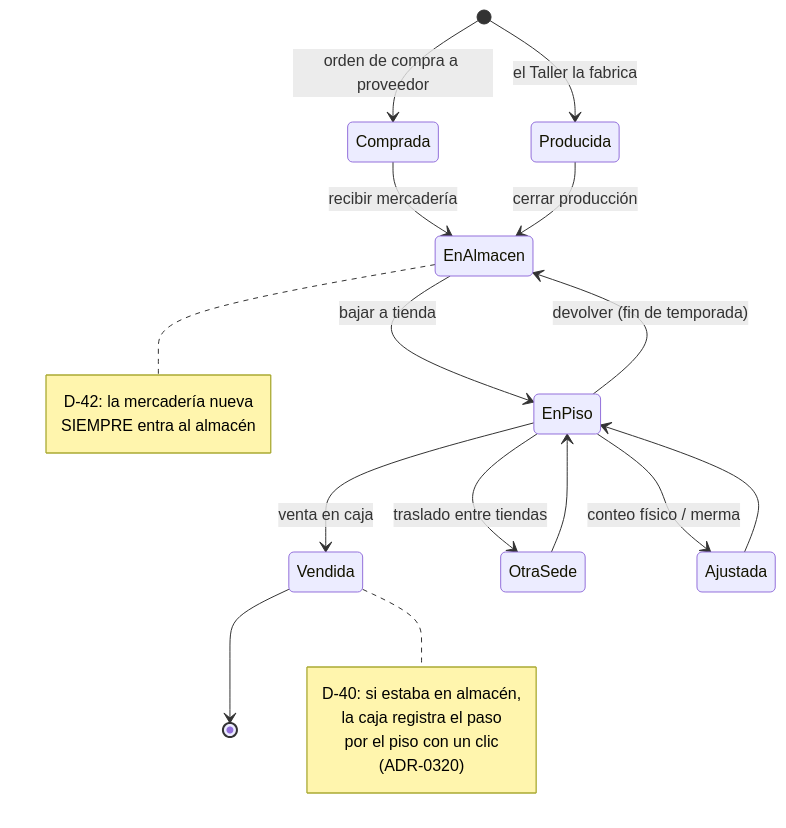
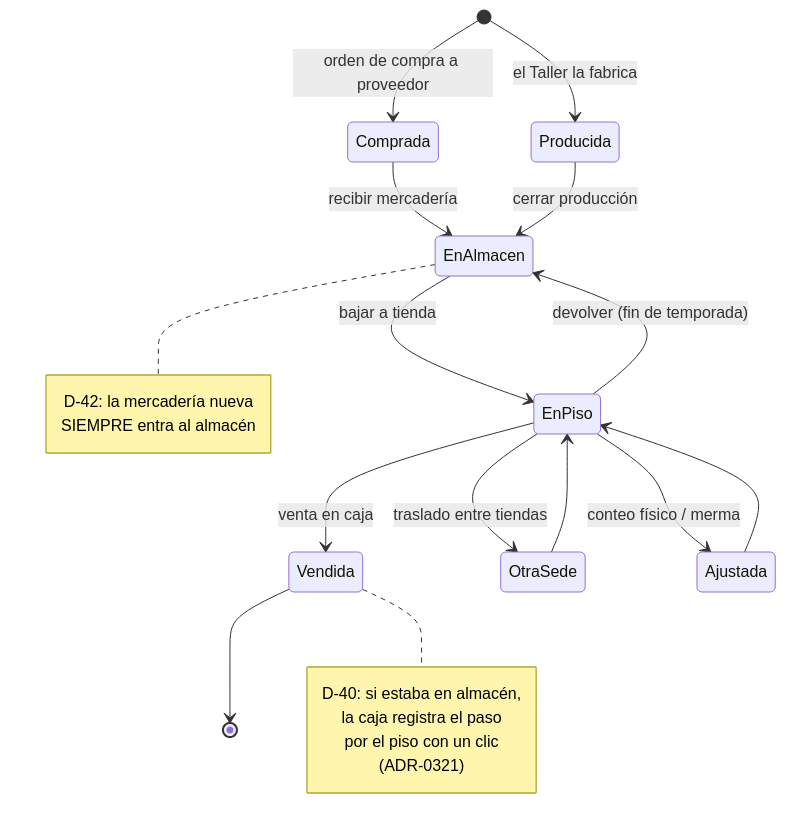
One commit to felipea92p-ux/cayla-retail changed the third of 3 diagrams in docs/datos/00-MAPA.md. Above: the diagram before and after it, drawn with Mermaid. The commit also changed 20 other files, not shown here.

````diff
--- a/docs/datos/00-MAPA.md
+++ b/docs/datos/00-MAPA.md
@@ -221,25 +221,25 @@
 ```mermaid
 stateDiagram-v2
     [*] --> Comprada: orden de compra a proveedor
     [*] --> Producida: el Taller la fabrica
     Comprada --> EnAlmacen: recibir mercadería
     Producida --> EnAlmacen: cerrar producción
     EnAlmacen --> EnPiso: bajar a tienda
     EnPiso --> EnAlmacen: devolver (fin de temporada)
     EnPiso --> Vendida: venta en caja
     EnPiso --> OtraSede: traslado entre tiendas
     OtraSede --> EnPiso
     EnPiso --> Ajustada: conteo físico / merma
     Ajustada --> EnPiso
     Vendida --> [*]
     note right of EnAlmacen
         D-42: la mercadería nueva
         SIEMPRE entra al almacén
     end note
     note right of Vendida
         D-40: si estaba en almacén,
         la caja registra el paso
         por el piso con un clic
-        (ADR-0320)
+        (ADR-0321)
     end note
 ```
````
